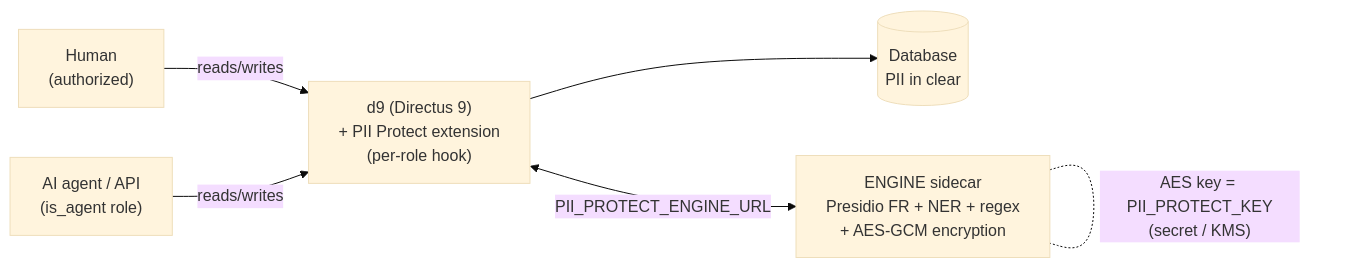
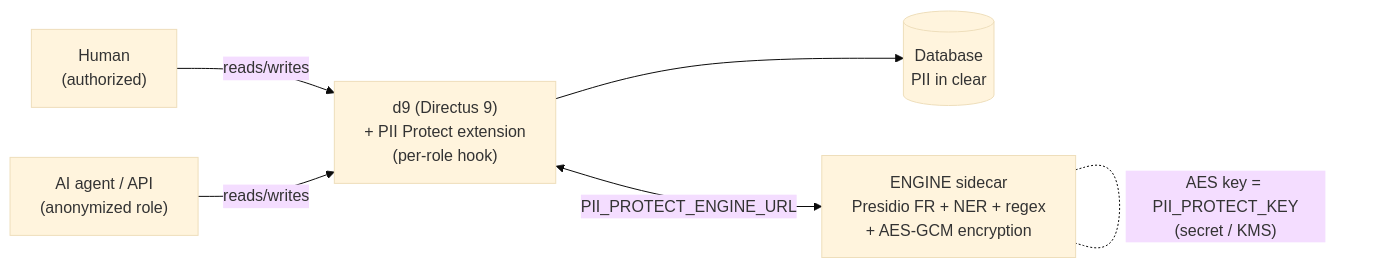
Before and after one commit to Grouzoul/d9-pii-protect: the diagram in ARCHITECTURE.md, drawn with Mermaid (base theme). The commit also changed other lines of this file and 5 other files, not shown here.

First line of the commit message:
redesign: per-role x per-collection anonymization (admin-controlled), drop is_agent

````diff
--- a/ARCHITECTURE.md
+++ b/ARCHITECTURE.md
@@ -26,14 +26,14 @@
 ```mermaid
 flowchart LR
-    agent["AI agent / API<br/>(is_agent role)"]
+    agent["AI agent / API<br/>(anonymized role)"]
     human["Human<br/>(authorized)"]
     d9["d9 (Directus 9)<br/>+ PII Protect extension<br/>(per-role hook)"]
     db[("Database<br/>PII in clear")]
     engine["ENGINE sidecar<br/>Presidio FR + NER + regex<br/>+ AES-GCM encryption"]
 
     human -->|reads/writes| d9
     agent -->|reads/writes| d9
     d9 <-->|PII_PROTECT_ENGINE_URL| engine
     d9 --> db
     engine -. "AES key = PII_PROTECT_KEY<br/>(secret / KMS)" .- engine
 ```
````
